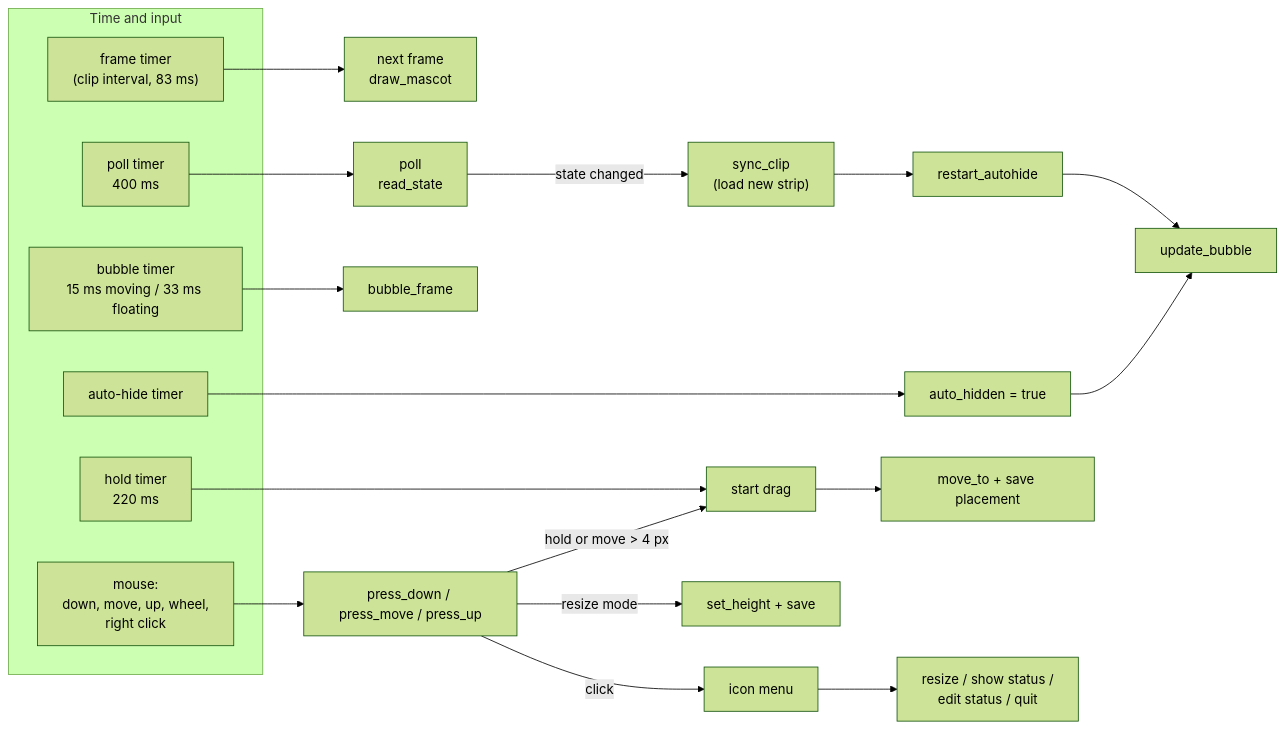
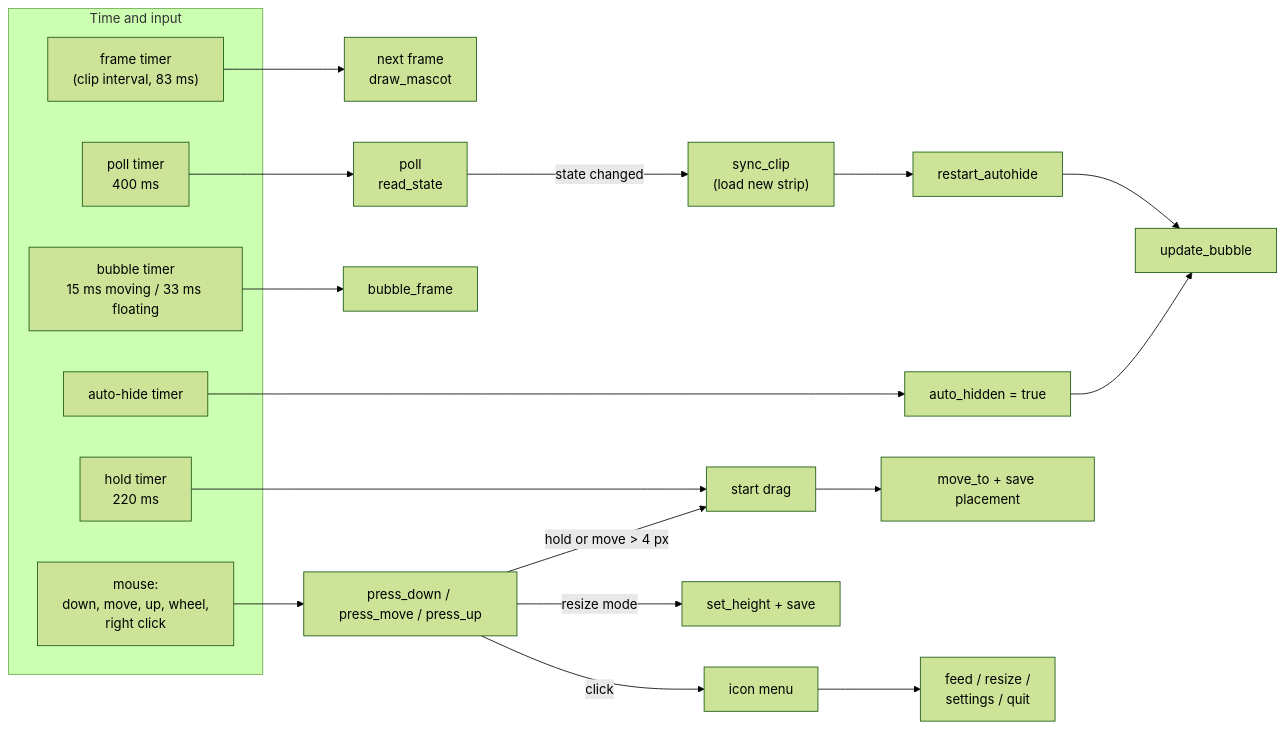
The fourth of 7 diagrams in docs/en/architecture.md (thanachaiakt/ai-mascot-hook), drawn with Mermaid (forest theme) before and after one commit. The commit also changed other lines of this file and 40 other files, not shown here.

````diff
--- a/docs/en/architecture.md
+++ b/docs/en/architecture.md
@@ -140,24 +143,24 @@
 ```mermaid
 flowchart LR
     subgraph sources["Time and input"]
         t1["frame timer<br/>(clip interval, 83 ms)"]
         t2["poll timer<br/>400 ms"]
         t3["bubble timer<br/>15 ms moving / 33 ms floating"]
         t4["auto-hide timer"]
         t5["hold timer<br/>220 ms"]
         mouse["mouse:<br/>down, move, up, wheel,<br/>right click"]
     end
 
     t1 --> fr["next frame<br/>draw_mascot"]
     t2 --> poll["poll<br/>read_state"]
     poll -- "state changed" --> sync["sync_clip<br/>(load new strip)"] --> rah["restart_autohide"]
     rah --> ub["update_bubble"]
     t3 --> bf["bubble_frame"]
     t4 --> hide["auto_hidden = true"] --> ub
     t5 --> drag["start drag"]
     mouse --> press["press_down / press_move / press_up"]
     press -- "hold or move > 4 px" --> drag --> mv["move_to + save placement"]
     press -- "click" --> menu["icon menu"]
     press -- "resize mode" --> rs["set_height + save"]
-    menu --> act["resize / show status /<br/>edit status / quit"]
+    menu --> act["feed / resize /<br/>settings / quit"]
 ```
````
